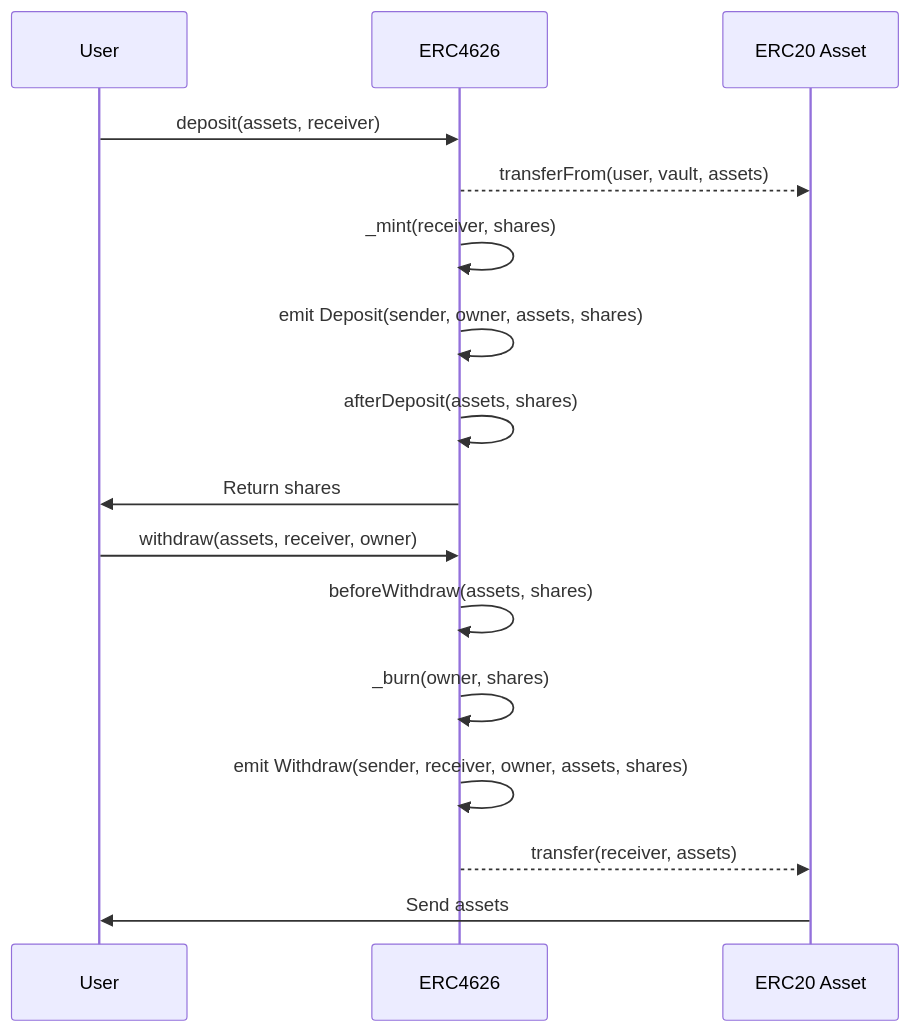
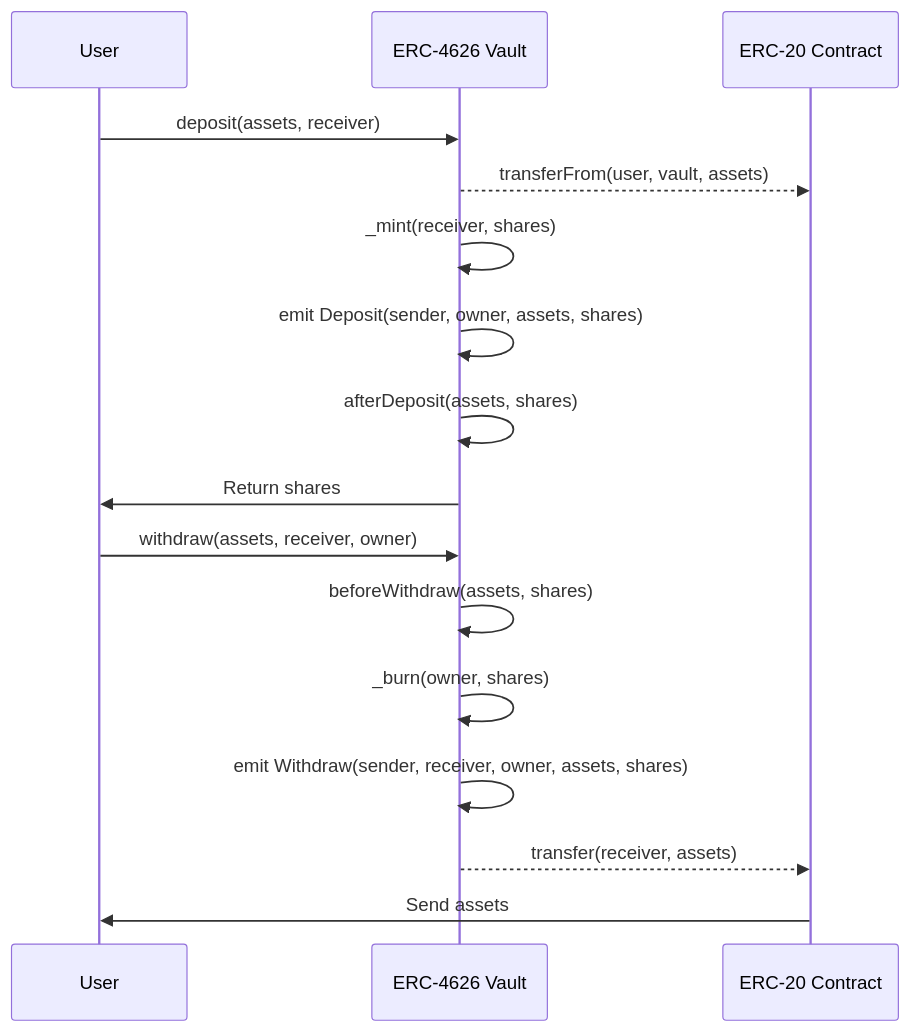
The diagram in README.md (SuganyaAK/tech-writing), drawn with Mermaid before and after one commit. The commit also changed other lines of this file, not shown here.

````diff
--- a/README.md
+++ b/README.md
@@ -70,21 +87,21 @@
 ```mermaid
 sequenceDiagram
     participant U as User
-    participant V as ERC4626
-    participant A as ERC20 Asset
+    participant V as ERC-4626 Vault
+    participant A as ERC-20 Contract
 
     U->>V: deposit(assets, receiver)
     V-->>A: transferFrom(user, vault, assets)
     V->>V: _mint(receiver, shares)
     V->>V: emit Deposit(sender, owner, assets, shares)
     V->>V: afterDeposit(assets, shares)
     V->>U: Return shares
 
     U->>V: withdraw(assets, receiver, owner)
 
     V->>V: beforeWithdraw(assets, shares)
     V->>V: _burn(owner, shares)
     V->>V: emit Withdraw(sender, receiver, owner, assets, shares)
     V-->>A: transfer(receiver, assets)
     A->>U: Send assets
 ```
````
